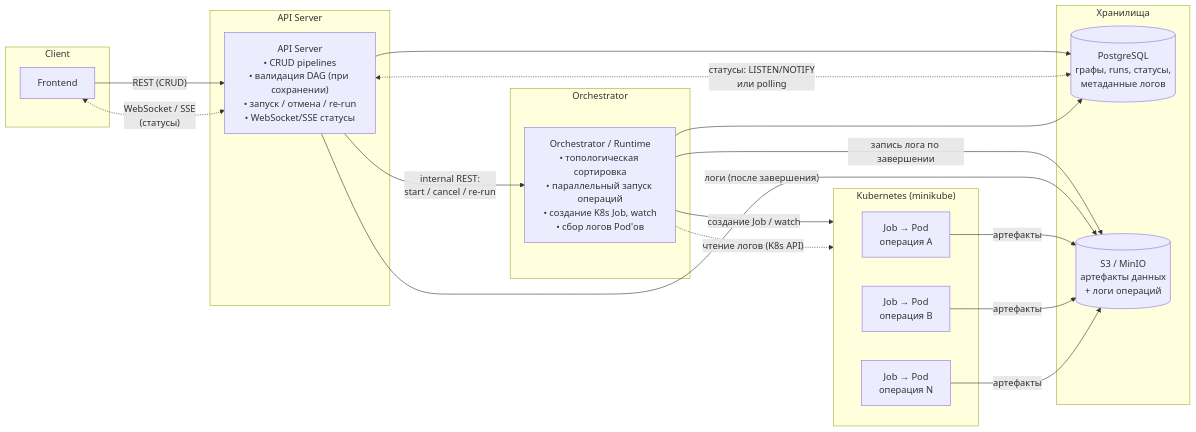
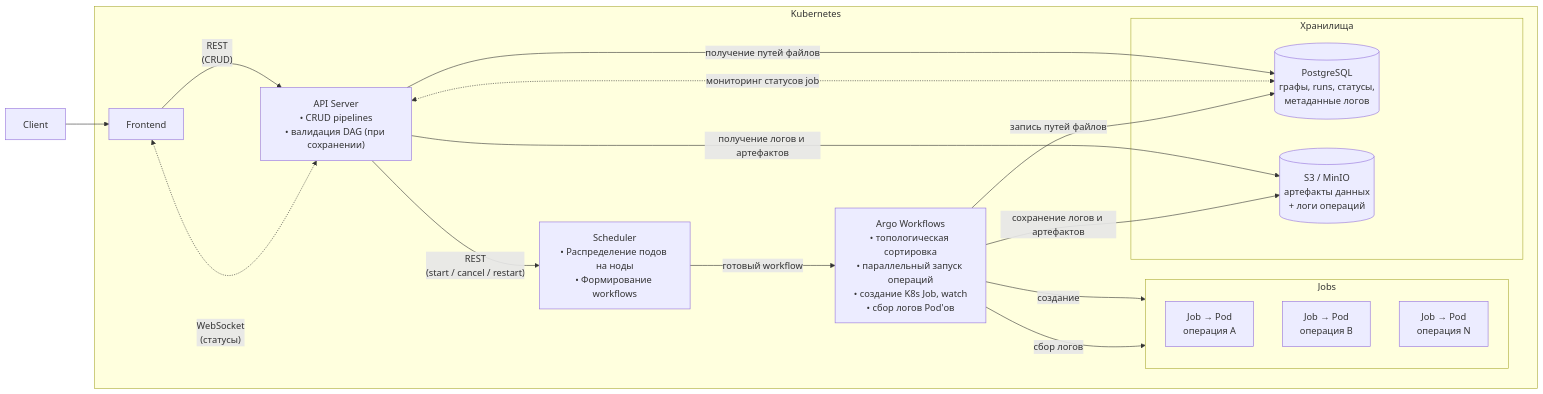
The first of 3 diagrams in README.md (AnarCom/p-graph), drawn with Mermaid before and after one commit. The commit also changed other lines of this file, not shown here.

Commit message:
docs: update architecture

````diff
--- a/README.md
+++ b/README.md
@@ -14,39 +14,38 @@
 ```mermaid
 flowchart LR
-    subgraph Client
+    Client["Client"]
+    
+    subgraph K8s["Kubernetes"]
         UI["Frontend"]
+    
+        API["API Server<br/>• CRUD pipelines<br/>• валидация DAG (при сохранении)<br/>"]
+        
+        Sched["Scheduler<br/>• Распределение подов на ноды<br/>• Формирование workflows"]
+        
+        Oper["Argo Workflows<br/>• топологическая сортировка<br/>• параллельный запуск операций<br/>• создание K8s Job, watch<br/>• сбор логов Pod'ов"]
+
+        subgraph Jobs["Jobs"]
+            JOB1["Job → Pod<br/>операция A"]
+            JOB2["Job → Pod<br/>операция B"]
+            JOBN["Job → Pod<br/>операция N"]
+        end
+        
+        subgraph Data["Хранилища"]
+            PG[("PostgreSQL<br/>графы, runs, статусы,<br/>метаданные логов")]
+            S3[("S3 / MinIO<br/>артефакты данных<br/>+ логи операций")]
+        end
     end
-
-    subgraph APISvc["API Server"]
-        API["API Server<br/>• CRUD pipelines<br/>• валидация DAG (при сохранении)<br/>• запуск / отмена / re-run<br/>• WebSocket/SSE статусы"]
-    end
-
-    subgraph OrchSvc["Orchestrator"]
-        ORCH["Orchestrator / Runtime<br/>• топологическая сортировка<br/>• параллельный запуск операций<br/>• создание K8s Job, watch<br/>• сбор логов Pod'ов"]
-    end
-
-    subgraph Data["Хранилища"]
-        PG[("PostgreSQL<br/>графы, runs, статусы,<br/>метаданные логов")]
-        S3[("S3 / MinIO<br/>артефакты данных<br/>+ логи операций")]
-    end
-
-    subgraph K8s["Kubernetes (minikube)"]
-        JOB1["Job → Pod<br/>операция A"]
-        JOB2["Job → Pod<br/>операция B"]
-        JOBN["Job → Pod<br/>операция N"]
-    end
-
-    UI -- "REST (CRUD)" --> API
-    UI <-. "WebSocket / SSE<br/>(статусы)" .-> API
-    API -- "internal REST:<br/>start / cancel / re-run" --> ORCH
-    API --> PG
-    API <-. "статусы: LISTEN/NOTIFY<br/>или polling" .-> PG
-    ORCH --> PG
-    ORCH -- "создание Job / watch" --> K8s
-    ORCH -. "чтение логов (K8s API)" .-> K8s
-    ORCH -- "запись лога по завершении" --> S3
-    API -- "логи (после завершения)" --> S3
-    JOB1 -- "артефакты" --> S3
-    JOB2 -- "артефакты" --> S3
-    JOBN -- "артефакты" --> S3
+    
+    Client --> UI
+    UI -- "REST<br/>(CRUD)" --> API
+    UI <-. "WebSocket<br/>(статусы)" .-> API
+    API -- "REST<br/>(start / cancel / restart)" --> Sched
+    API -- "получение путей файлов" --> PG
+    API <-. "мониторинг статусов job" .-> PG
+    API -- "получение логов и артефактов" --> S3
+    Sched -- "готовый workflow" --> Oper
+    Oper -- запись путей файлов --> PG
+    Oper -- "создание" --> Jobs
+    Oper -- "сбор логов" --> Jobs
+    Oper -- "сохранение логов и артефактов" --> S3
 ```
````
